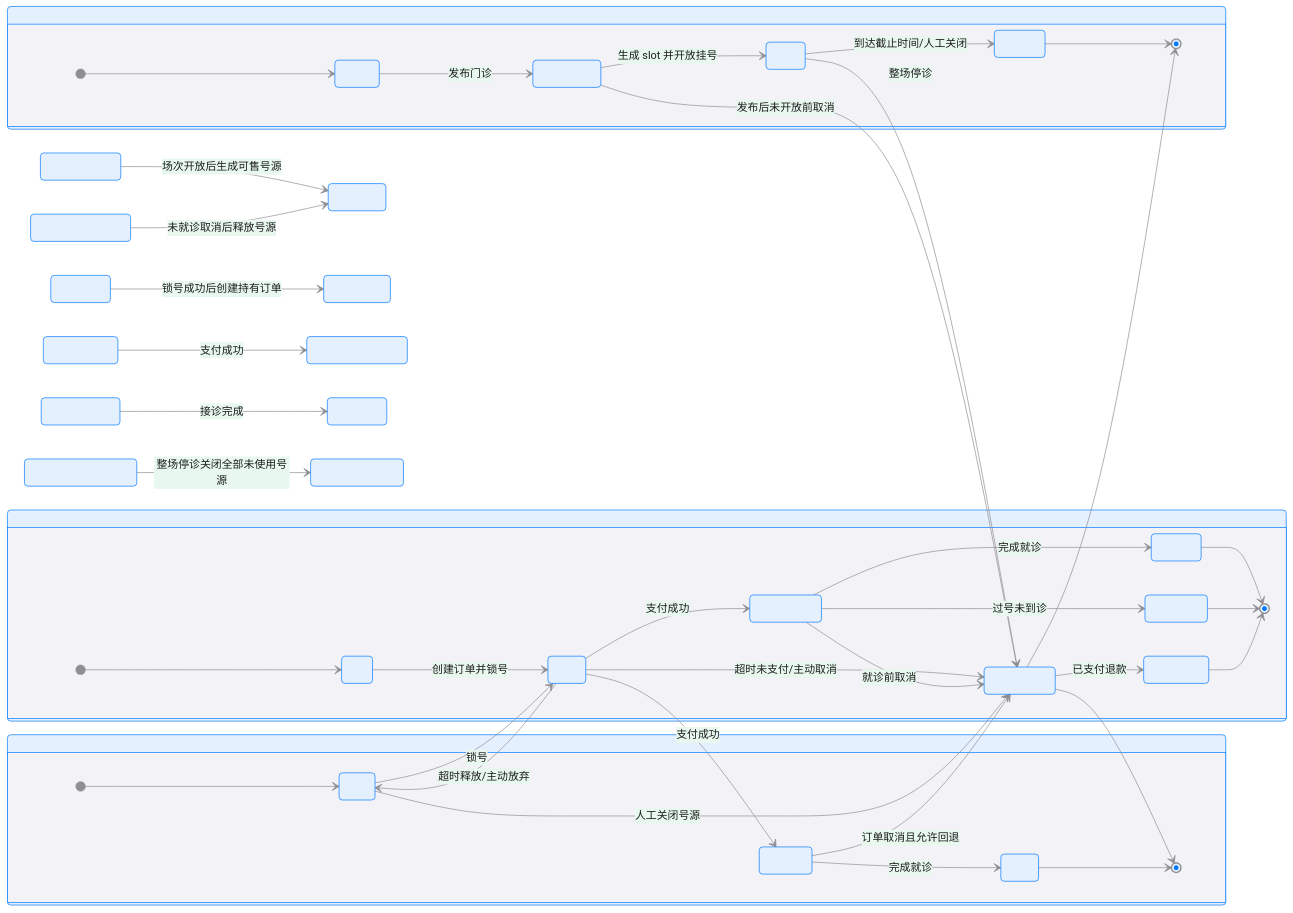
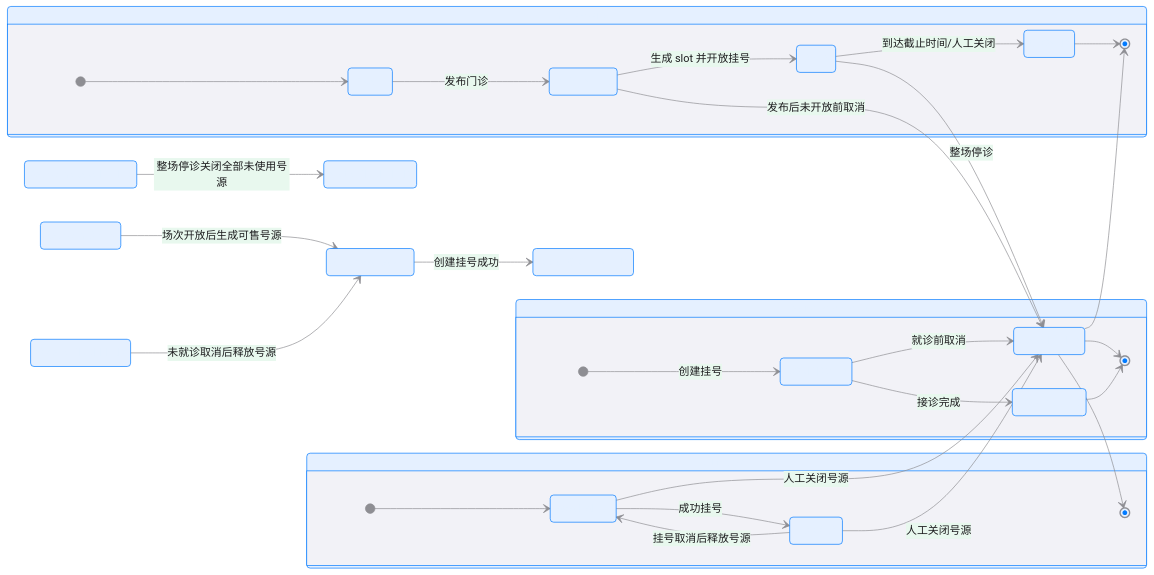
One commit to JianwenShaw/MediAskDocs changed the third of 3 diagrams in docs/07A-SCHEDULING-V3.md. Above: the diagram before and after it, drawn with Mermaid. The commit also changed other lines of this file and 4 other files, not shown here.

````diff
--- a/docs/07A-SCHEDULING-V3.md
+++ b/docs/07A-SCHEDULING-V3.md
@@ -456,49 +454,38 @@
 ```mermaid
 %%{init: {'theme': 'base', 'themeVariables': {'primaryColor': '#E5F0FF', 'primaryTextColor': '#1C1C1E', 'primaryBorderColor': '#007AFF', 'lineColor': '#8E8E93', 'secondaryColor': '#E8F8EE', 'tertiaryColor': '#FFF4E5', 'transitionColor': '#8E8E93', 'stateBkg': '#E5F0FF', 'stateTextColor': '#1C1C1E', 'stateBorder': '#007AFF', 'compositeBackground': '#F2F2F7', 'compositeBorder': '#8E8E93', 'compositeTitleBackground': '#E5F0FF', 'innerEndBackground': '#1C1C1E'}}}%%
 stateDiagram-v2
     direction LR
 
     state "clinic_session" as Session {
         [*] --> DRAFT
         DRAFT --> PUBLISHED: 发布门诊
         PUBLISHED --> OPEN: 生成 slot 并开放挂号
         OPEN --> CLOSED: 到达截止时间/人工关闭
         OPEN --> CANCELLED: 整场停诊
         PUBLISHED --> CANCELLED: 发布后未开放前取消
         CLOSED --> [*]
         CANCELLED --> [*]
     }
 
     state "clinic_slot" as Slot {
-        [*] --> FREE
-        FREE --> HELD: 锁号
-        HELD --> BOOKED: 支付成功
-        HELD --> FREE: 超时释放/主动放弃
-        FREE --> CANCELLED: 人工关闭号源
-        BOOKED --> CANCELLED: 订单取消且允许回退
-        BOOKED --> USED: 完成就诊
+        [*] --> AVAILABLE
+        AVAILABLE --> BOOKED: 成功挂号
+        AVAILABLE --> CANCELLED: 人工关闭号源
+        BOOKED --> AVAILABLE: 挂号取消后释放号源
+        BOOKED --> CANCELLED: 人工关闭号源
         CANCELLED --> [*]
-        USED --> [*]
     }
 
     state "registration_order" as Order {
-        [*] --> INIT
-        INIT --> HELD: 创建订单并锁号
-        HELD --> CONFIRMED: 支付成功
-        HELD --> CANCELLED: 超时未支付/主动取消
-        CONFIRMED --> VISITED: 完成就诊
+        [*] --> CONFIRMED: 创建挂号
         CONFIRMED --> CANCELLED: 就诊前取消
-        CONFIRMED --> NO_SHOW: 过号未到诊
-        CANCELLED --> REFUNDED: 已支付退款
-        VISITED --> [*]
-        NO_SHOW --> [*]
-        REFUNDED --> [*]
+        CONFIRMED --> COMPLETED: 接诊完成
+        CANCELLED --> [*]
+        COMPLETED --> [*]
     }
 
-    Session.OPEN --> Slot.FREE: 场次开放后生成可售号源
-    Slot.HELD --> Order.HELD: 锁号成功后创建持有订单
-    Slot.BOOKED --> Order.CONFIRMED: 支付成功
-    Order.CANCELLED --> Slot.FREE: 未就诊取消后释放号源
-    Order.VISITED --> Slot.USED: 接诊完成
+    Session.OPEN --> Slot.AVAILABLE: 场次开放后生成可售号源
+    Slot.AVAILABLE --> Order.CONFIRMED: 创建挂号成功
+    Order.CANCELLED --> Slot.AVAILABLE: 未就诊取消后释放号源
     Session.CANCELLED --> Slot.CANCELLED: 整场停诊关闭全部未使用号源
 ```
````
